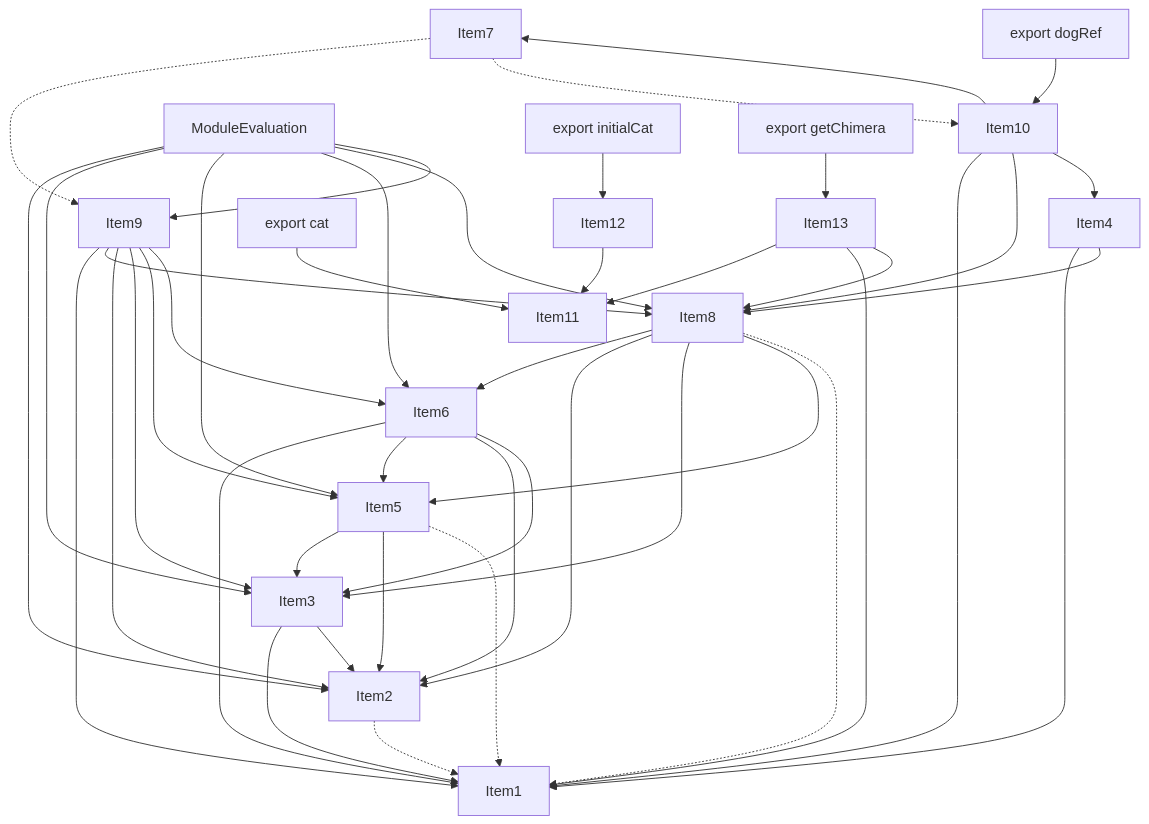
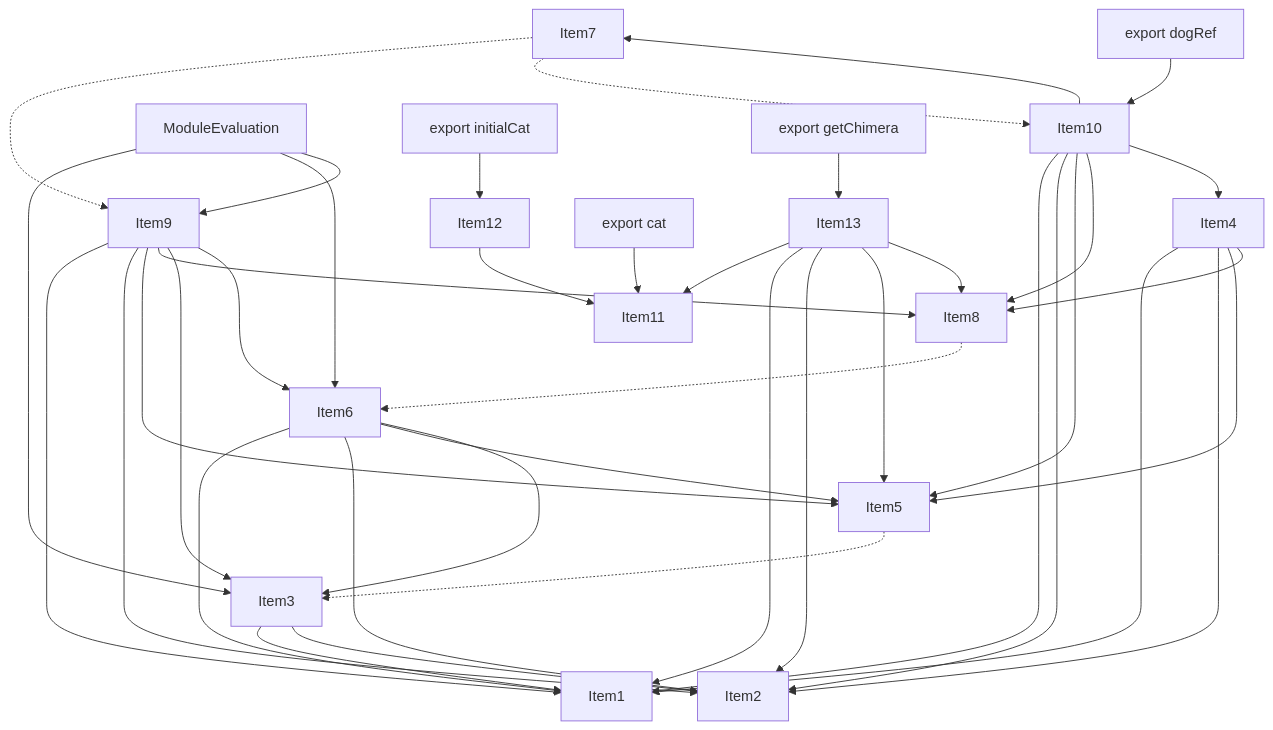
The fourth of 5 diagrams in crates/turbopack-ecmascript/tests/tree-shaker/analyzer/complex/output.md (vercel/turborepo), drawn with Mermaid before and after one commit. The commit also changed other lines of this file and 12 other files, not shown here.

````diff
--- a/crates/turbopack-ecmascript/tests/tree-shaker/analyzer/complex/output.md
+++ b/crates/turbopack-ecmascript/tests/tree-shaker/analyzer/complex/output.md
@@ -294,69 +285,65 @@
 ```mermaid
 graph TD
     Item1;
     Item2;
     Item3;
     Item4;
     Item5;
     Item6;
     Item7;
     Item8;
     Item9;
     Item10;
     Item11;
     Item12;
     Item13;
     Item14;
     Item14["ModuleEvaluation"];
     Item15;
     Item15["export dogRef"];
     Item16;
     Item16["export cat"];
     Item17;
     Item17["export initialCat"];
     Item18;
     Item18["export getChimera"];
-    Item2 -.-> Item1;
     Item3 --> Item1;
     Item3 --> Item2;
-    Item5 --> Item3;
-    Item5 --> Item2;
-    Item5 -.-> Item1;
+    Item5 -.-> Item3;
     Item6 --> Item1;
+    Item6 --> Item2;
     Item6 --> Item5;
-    Item6 --> Item2;
     Item6 --> Item3;
-    Item8 --> Item6;
-    Item8 --> Item2;
-    Item8 --> Item3;
-    Item8 --> Item5;
-    Item8 -.-> Item1;
+    Item8 -.-> Item6;
     Item9 --> Item1;
+    Item9 --> Item2;
+    Item9 --> Item5;
     Item9 --> Item8;
-    Item9 --> Item2;
     Item9 --> Item3;
-    Item9 --> Item5;
     Item9 --> Item6;
     Item10 --> Item1;
+    Item10 --> Item2;
+    Item10 --> Item5;
     Item10 --> Item8;
     Item10 --> Item4;
     Item10 --> Item7;
     Item12 --> Item11;
     Item4 --> Item1;
+    Item4 --> Item2;
+    Item4 --> Item5;
     Item4 --> Item8;
     Item7 -.-> Item9;
     Item7 -.-> Item10;
     Item13 --> Item11;
     Item13 --> Item1;
+    Item13 --> Item2;
+    Item13 --> Item5;
     Item13 --> Item8;
-    Item14 --> Item2;
     Item14 --> Item3;
-    Item14 --> Item5;
     Item14 --> Item6;
-    Item14 --> Item8;
     Item14 --> Item9;
     Item15 --> Item10;
     Item16 --> Item11;
     Item17 --> Item12;
     Item18 --> Item13;
 ```
````
